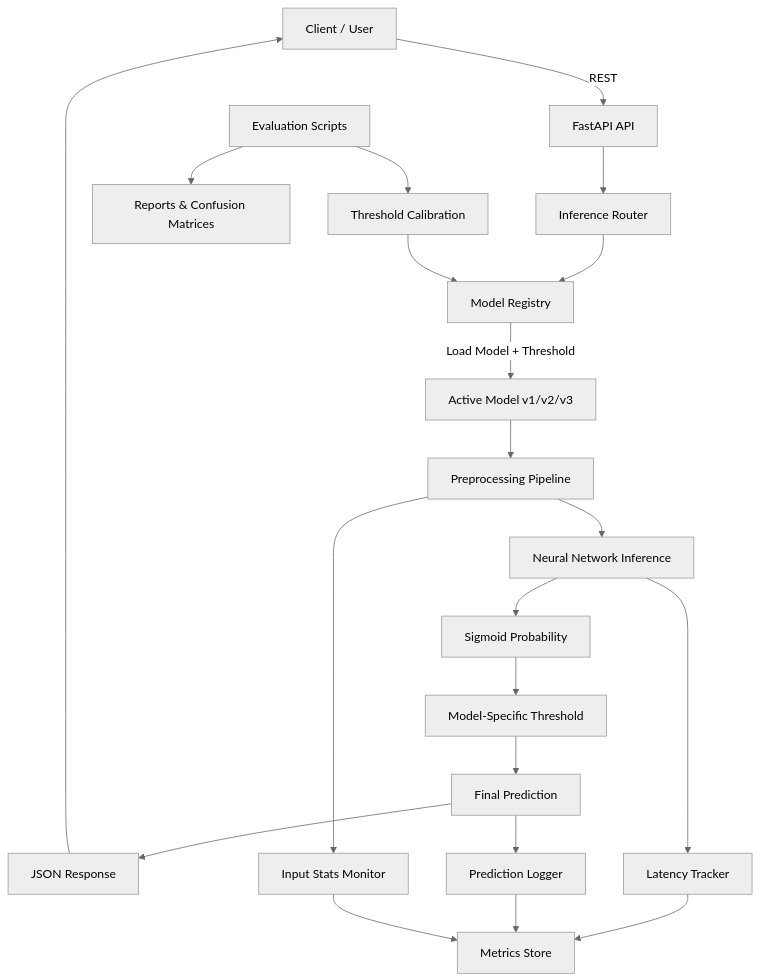
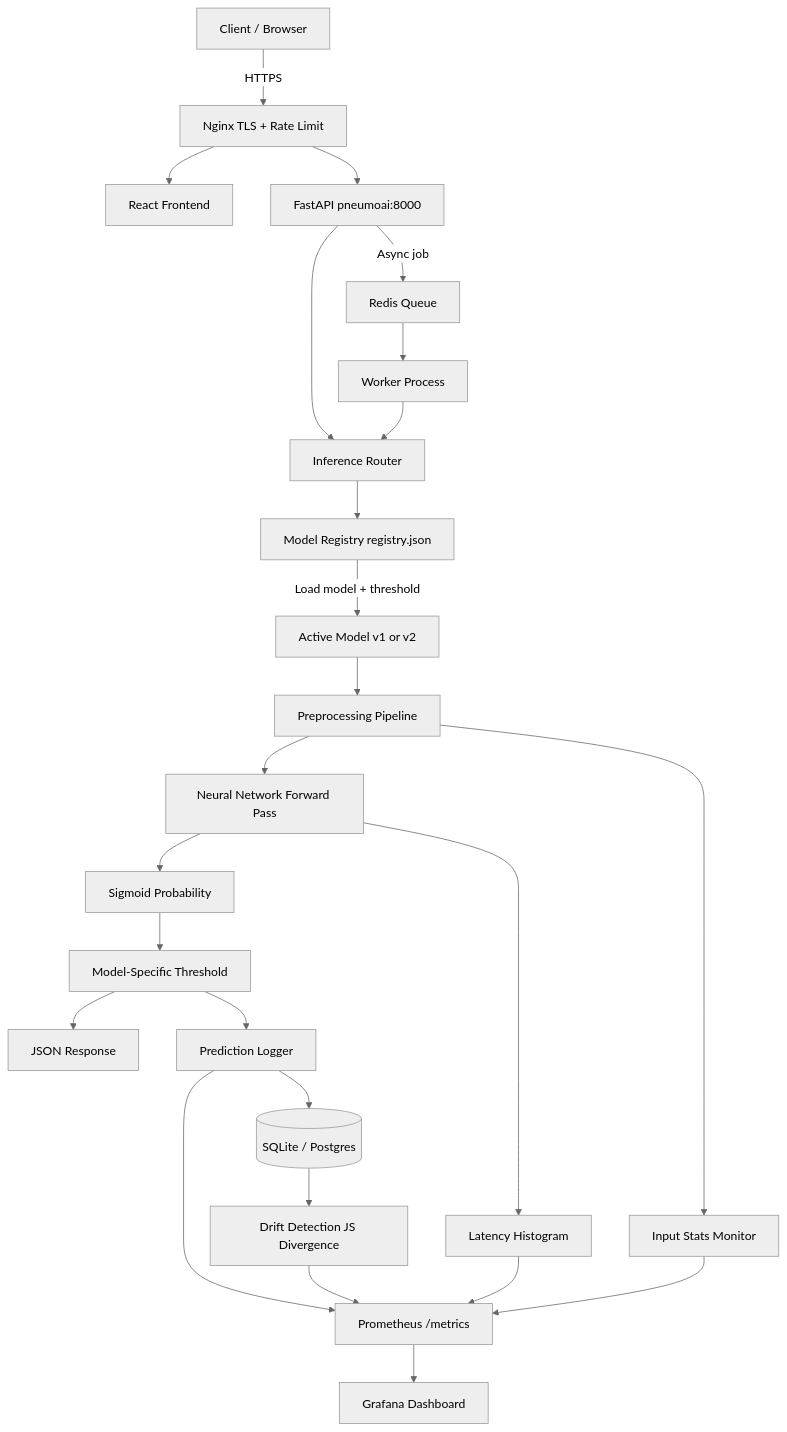
Before and after one commit to Thiyaga1586/PneumoAI: the first of 5 diagrams in README.md, drawn with Mermaid (neutral theme). The commit also changed other lines of this file, not shown here.

````diff
--- a/README.md
+++ b/README.md
@@ -149,29 +55,32 @@
 ```mermaid
 flowchart TD
-    A[Client / User] -->|REST| C[FastAPI API]
+    A[Client / Browser] -->|HTTPS| N[Nginx TLS + Rate Limit]
+    N --> FE[React Frontend]
+    N --> API[FastAPI pneumoai:8000]
 
-    C --> D[Inference Router]
-    D --> E[Model Registry]
-    E -->|Load Model + Threshold| F[Active Model v1/v2/v3]
+    API --> D[Inference Router]
+    D --> R[Model Registry registry.json]
+    R -->|Load model + threshold| M[Active Model v1 or v2]
 
-    F --> G[Preprocessing Pipeline]
-    G --> H[Neural Network Inference]
-    H --> I[Sigmoid Probability]
-    I --> J[Model-Specific Threshold]
-    J --> K[Final Prediction]
-    K --> L[JSON Response]
-    L --> A
+    API -->|Async job| Q[Redis Queue]
+    Q --> W[Worker Process]
+    W --> D
 
-    %% Observability
-    H --> M[Latency Tracker]
-    K --> N[Prediction Logger]
-    G --> O[Input Stats Monitor]
-    M --> P[Metrics Store]
-    N --> P
-    O --> P
+    M --> P[Preprocessing Pipeline]
+    P --> I[Neural Network Forward Pass]
+    I --> S[Sigmoid Probability]
+    S --> T[Model-Specific Threshold]
+    T --> RESP[JSON Response]
 
-    %% Offline
-    Q[Evaluation Scripts] --> R[Reports & Confusion Matrices]
-    Q --> S[Threshold Calibration]
-    S --> E
+    I --> LAT[Latency Histogram]
+    T --> PLOG[Prediction Logger]
+    P --> STATS[Input Stats Monitor]
+    LAT --> PROM[Prometheus /metrics]
+    PLOG --> PROM
+    STATS --> PROM
+    PROM --> GRAF[Grafana Dashboard]
+
+    PLOG --> DB[(SQLite / Postgres)]
+    DB --> DRIFT[Drift Detection JS Divergence]
+    DRIFT --> PROM
 ```
````
